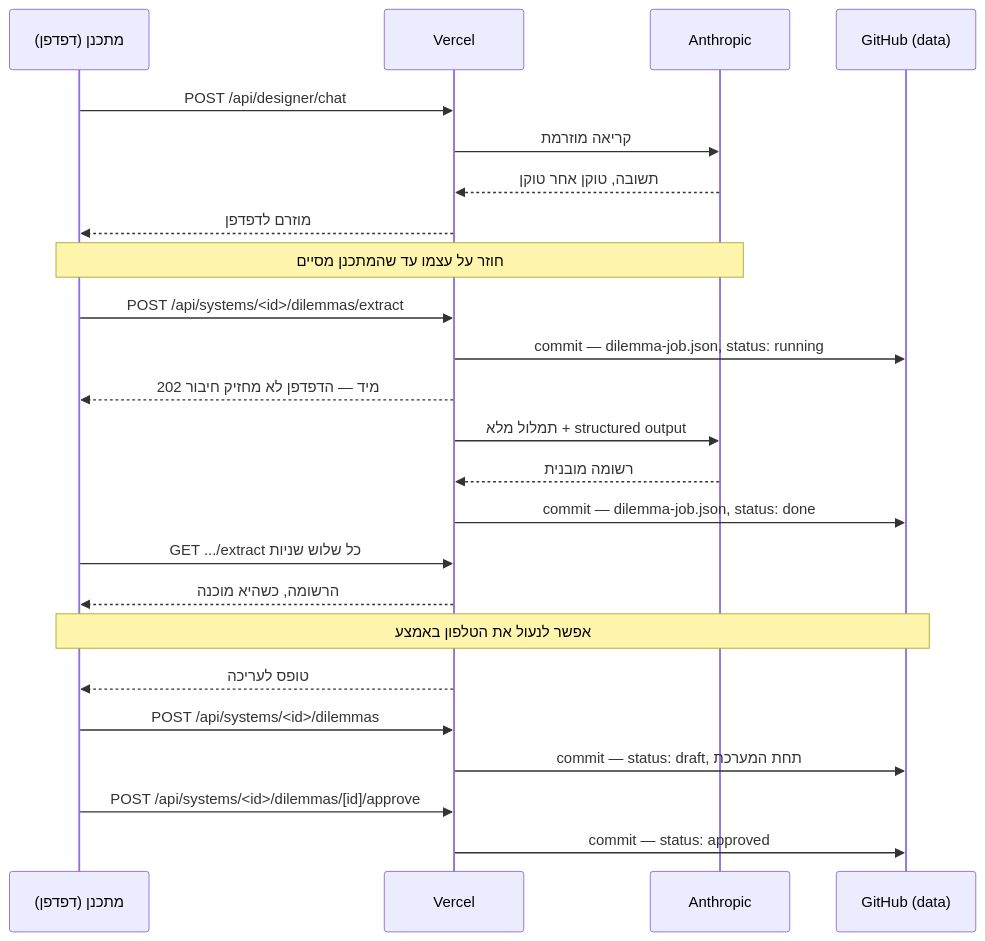
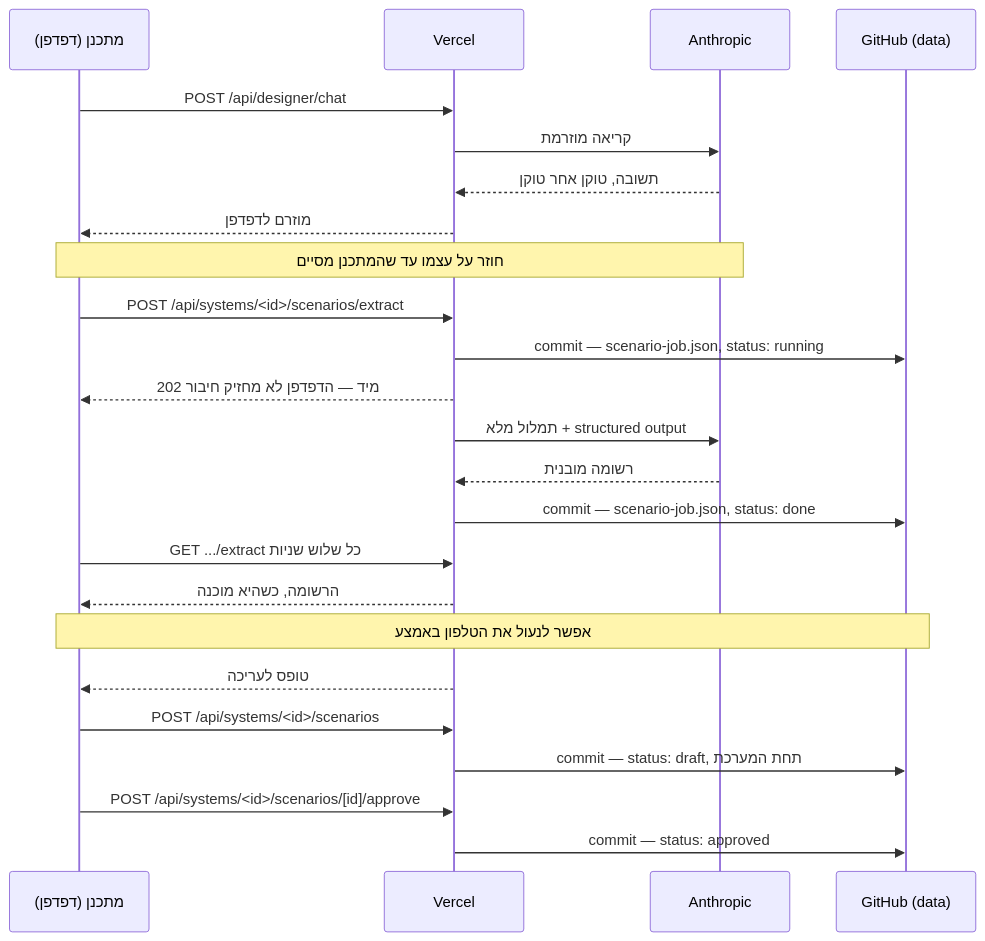
Before and after one commit to nimrodekel-hub/AD_SIMULATOR: the second of 3 diagrams in ARCHITECTURE.md, drawn with Mermaid. The commit also changed other lines of this file, not shown here.

````diff
--- a/ARCHITECTURE.md
+++ b/ARCHITECTURE.md
@@ -407,30 +469,30 @@
 ```mermaid
 sequenceDiagram
     participant D as מתכנן (דפדפן)
     participant V as Vercel
     participant A as Anthropic
     participant G as GitHub (data)
 
     D->>V: POST /api/designer/chat
     V->>A: קריאה מוזרמת
     A-->>V: תשובה, טוקן אחר טוקן
     V-->>D: מוזרם לדפדפן
     Note over D,A: חוזר על עצמו עד שהמתכנן מסיים
 
-    D->>V: POST /api/systems/<id>/dilemmas/extract
-    V->>G: commit — dilemma-job.json, status: running
+    D->>V: POST /api/systems/<id>/scenarios/extract
+    V->>G: commit — scenario-job.json, status: running
     V-->>D: 202 מיד — הדפדפן לא מחזיק חיבור
     V->>A: תמלול מלא + structured output
     A-->>V: רשומה מובנית
-    V->>G: commit — dilemma-job.json, status: done
+    V->>G: commit — scenario-job.json, status: done
     D->>V: GET .../extract כל שלוש שניות
     V-->>D: הרשומה, כשהיא מוכנה
     Note over D,G: אפשר לנעול את הטלפון באמצע
     V-->>D: טופס לעריכה
 
-    D->>V: POST /api/systems/<id>/dilemmas
+    D->>V: POST /api/systems/<id>/scenarios
     V->>G: commit — status: draft, תחת המערכת
 
-    D->>V: POST /api/systems/<id>/dilemmas/[id]/approve
+    D->>V: POST /api/systems/<id>/scenarios/[id]/approve
     V->>G: commit — status: approved
 ```
````
